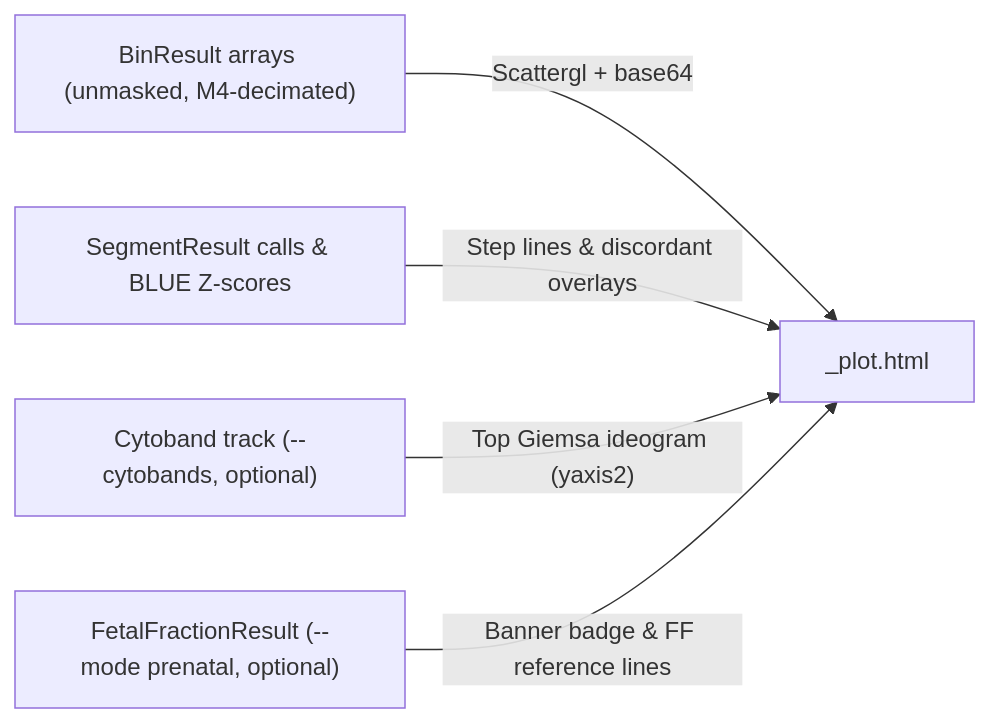
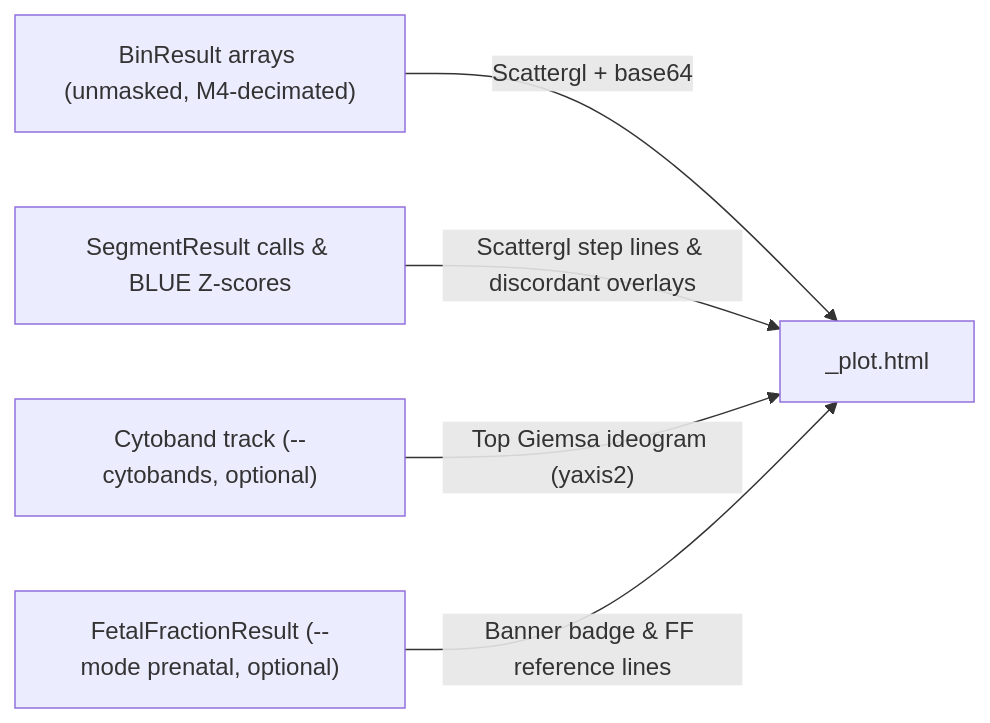
One commit to matthdsm/ccnv changed the diagram in docs/visualization.md. Above: the diagram before and after it, drawn with Mermaid. The commit also changed other lines of this file and 2 other files, not shown here.

````diff
--- a/docs/visualization.md
+++ b/docs/visualization.md
@@ -5,7 +5,7 @@
 ```mermaid
 flowchart LR
     BINS["BinResult arrays (unmasked, M4-decimated)"] -->|Scattergl + base64| HTML["<prefix>_plot.html"]
-    SEGS["SegmentResult calls & BLUE Z-scores"] -->|"Step lines & discordant overlays"| HTML
+    SEGS["SegmentResult calls & BLUE Z-scores"] -->|"Scattergl step lines & discordant overlays"| HTML
     CYTO["Cytoband track (--cytobands, optional)"] -->|"Top Giemsa ideogram (yaxis2)"| HTML
     PRE["FetalFractionResult (--mode prenatal, optional)"] -->|"Banner badge & FF reference lines"| HTML
 ```
````
